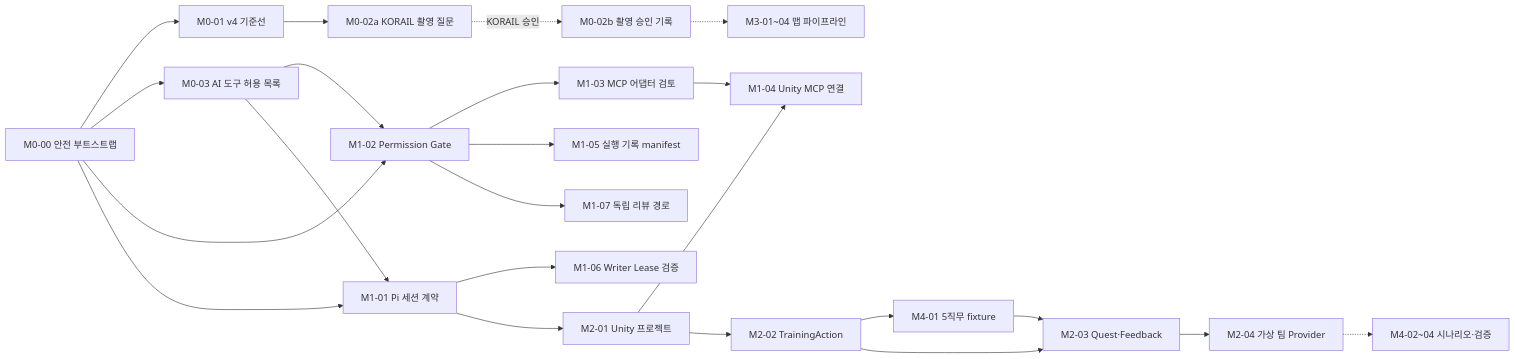
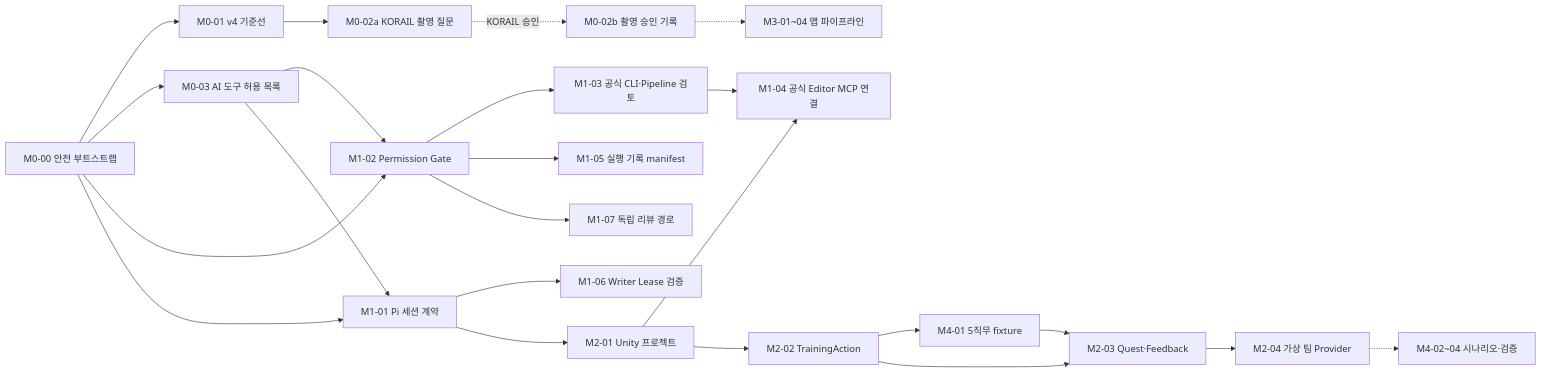
The diagram in docs/choo-guard-work-unit-graph-v1.md (xrlab-dau/CHOOGuard), drawn with Mermaid before and after one commit. The commit also changed other lines of this file and 24 other files, not shown here.

Commit message:
docs(unity): adopt official CLI Editor MCP and refresh school handoff

````diff
--- a/docs/choo-guard-work-unit-graph-v1.md
+++ b/docs/choo-guard-work-unit-graph-v1.md
@@ -12,25 +12,25 @@
 ```mermaid
 graph LR
   M000[M0-00 안전 부트스트랩] --> M001[M0-01 v4 기준선]
   M000 --> M003[M0-03 AI 도구 허용 목록]
   M001 --> M002a[M0-02a KORAIL 촬영 질문]
   M003 --> M102[M1-02 Permission Gate]
   M000 --> M102
-  M102 --> M103[M1-03 MCP 어댑터 검토]
+  M102 --> M103[M1-03 공식 CLI·Pipeline 검토]
   M102 --> M105[M1-05 실행 기록 manifest]
   M000 --> M101[M1-01 Pi 세션 계약]
   M003 --> M101
   M101 --> M106[M1-06 Writer Lease 검증]
   M102 --> M107[M1-07 독립 리뷰 경로]
   M101 --> M201[M2-01 Unity 프로젝트]
-  M103 --> M104[M1-04 Unity MCP 연결]
+  M103 --> M104[M1-04 공식 Editor MCP 연결]
   M201 --> M104
   M201 --> M202[M2-02 TrainingAction]
   M202 --> M401[M4-01 5직무 fixture]
   M202 --> M203[M2-03 Quest·Feedback]
   M401 --> M203
   M203 --> M204[M2-04 가상 팀 Provider]
   M002a -.KORAIL 승인.-> M002b[M0-02b 촬영 승인 기록]
   M002b -.-> M301[M3-01~04 맵 파이프라인]
   M204 -.-> M402[M4-02~04 시나리오·검증]
 ```
````
